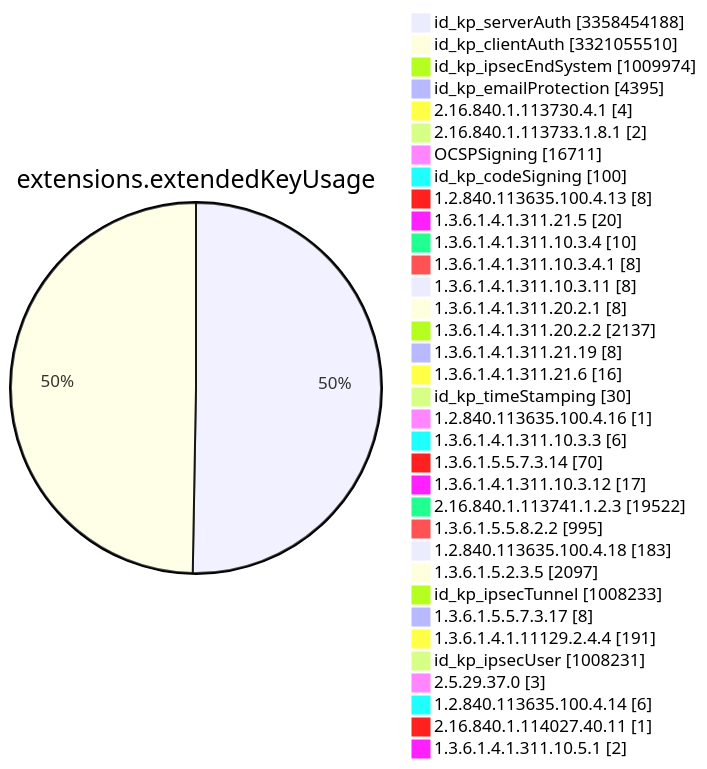
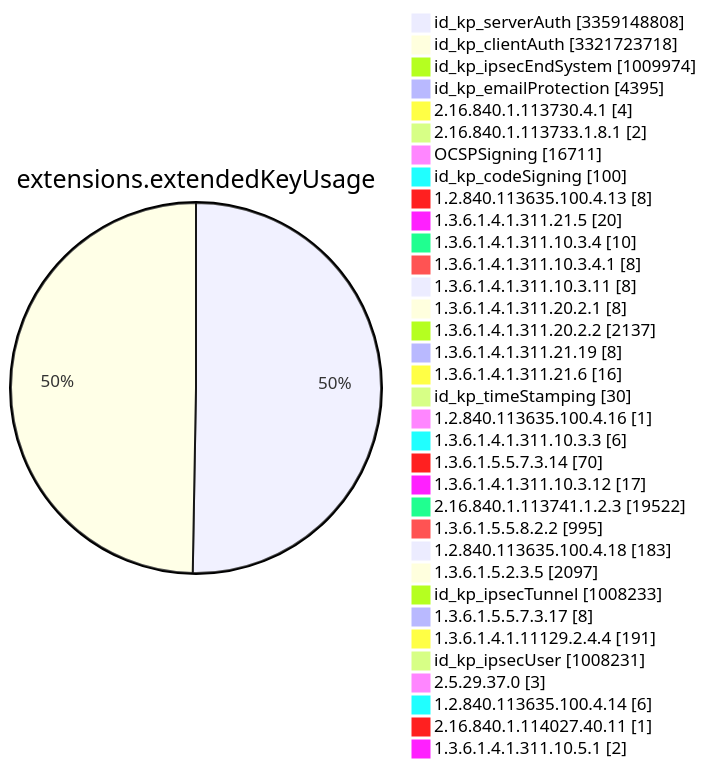
One commit to christiankrug/ctmonitor_visualization changed diagram 11 of 15 in TOTAL/README.md. Above: the diagram before and after it, drawn with Mermaid. The commit also changed other lines of this file, not shown here.

````diff
--- a/TOTAL/README.md
+++ b/TOTAL/README.md
@@ -4120,38 +4120,38 @@
 ```mermaid
 pie showData
 title extensions.extendedKeyUsage
-"id_kp_serverAuth" :3358454188
-"id_kp_clientAuth" :3321055510
+"id_kp_serverAuth" :3359148808
+"id_kp_clientAuth" :3321723718
 "id_kp_ipsecEndSystem" :1009974
 "id_kp_emailProtection" :4395
 "2.16.840.1.113730.4.1" :4
 "2.16.840.1.113733.1.8.1" :2
 "OCSPSigning" :16711
 "id_kp_codeSigning" :100
 "1.2.840.113635.100.4.13" :8
 "1.3.6.1.4.1.311.21.5" :20
 "1.3.6.1.4.1.311.10.3.4" :10
 "1.3.6.1.4.1.311.10.3.4.1" :8
 "1.3.6.1.4.1.311.10.3.11" :8
 "1.3.6.1.4.1.311.20.2.1" :8
 "1.3.6.1.4.1.311.20.2.2" :2137
 "1.3.6.1.4.1.311.21.19" :8
 "1.3.6.1.4.1.311.21.6" :16
 "id_kp_timeStamping" :30
 "1.2.840.113635.100.4.16" :1
 "1.3.6.1.4.1.311.10.3.3" :6
 "1.3.6.1.5.5.7.3.14" :70
 "1.3.6.1.4.1.311.10.3.12" :17
 "2.16.840.1.113741.1.2.3" :19522
 "1.3.6.1.5.5.8.2.2" :995
 "1.2.840.113635.100.4.18" :183
 "1.3.6.1.5.2.3.5" :2097
 "id_kp_ipsecTunnel" :1008233
 "1.3.6.1.5.5.7.3.17" :8
 "1.3.6.1.4.1.11129.2.4.4" :191
 "id_kp_ipsecUser" :1008231
 "2.5.29.37.0" :3
 "1.2.840.113635.100.4.14" :6
 "2.16.840.1.114027.40.11" :1
 "1.3.6.1.4.1.311.10.5.1" :2
 ```
````
